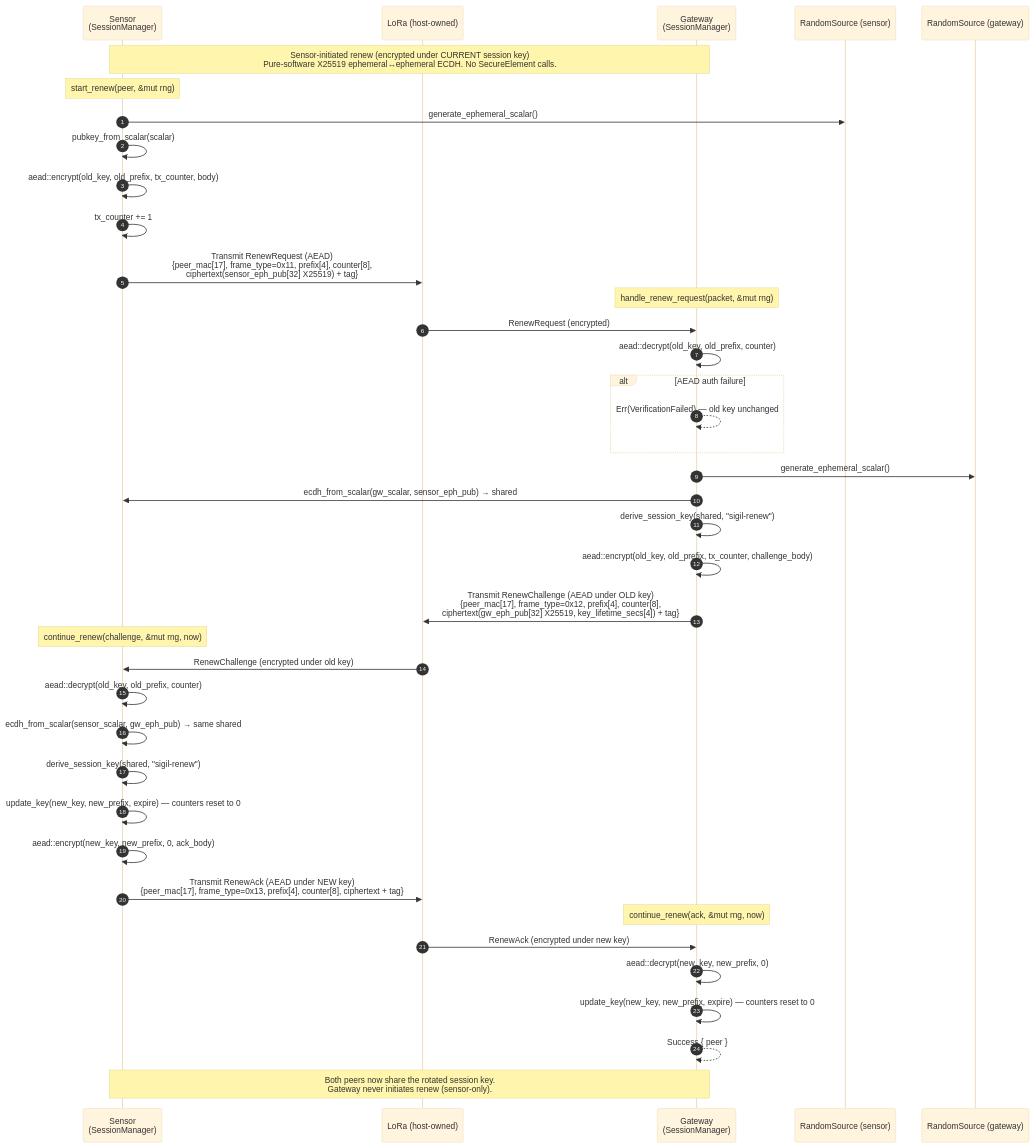
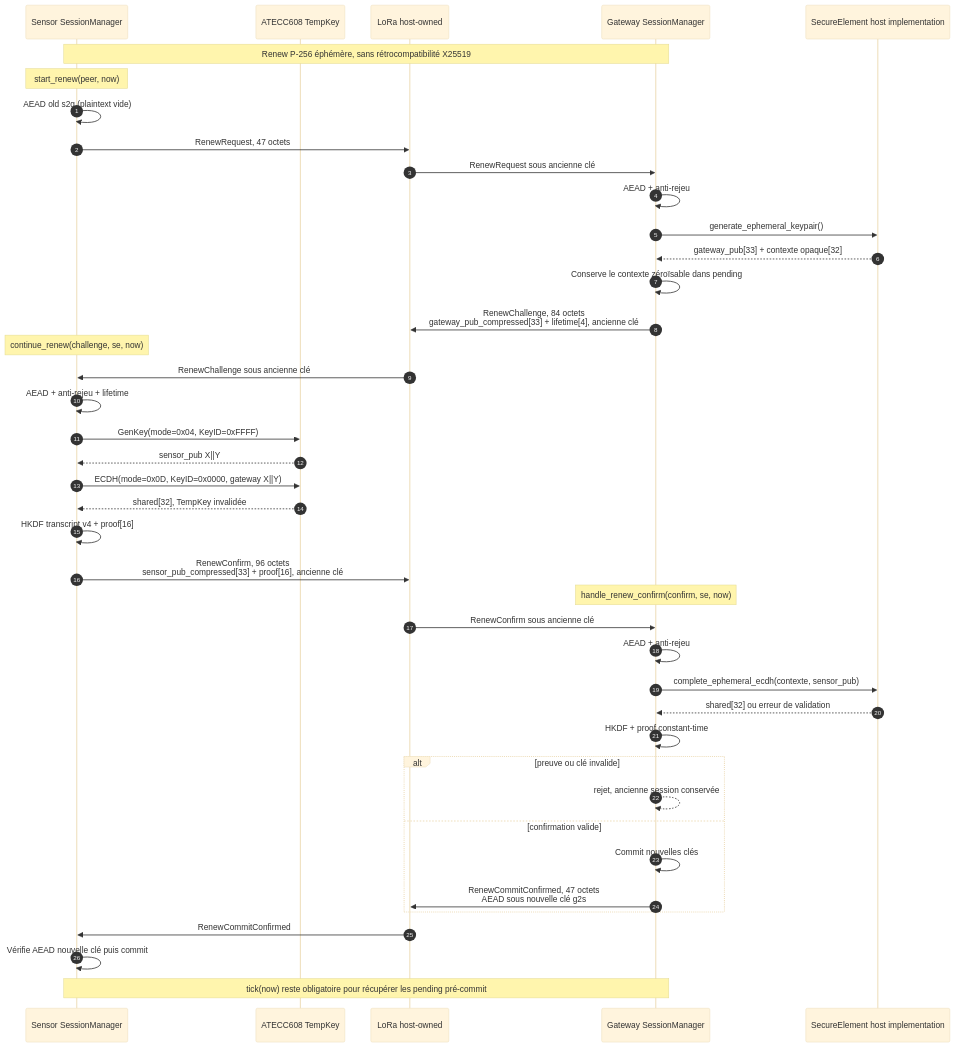
Before and after one commit to bhkfaicel/homeiot-sigil: the diagram in diagramme/renew.mermaid, drawn with Mermaid (base theme). The commit also changed 113 other files, not shown here.

```diff
--- a/diagramme/renew.mermaid
+++ b/diagramme/renew.mermaid
@@ -1,49 +1,46 @@
 sequenceDiagram
     autonumber
-    participant Sensor as Sensor<br/>(SessionManager)
-    participant LoRa as LoRa (host-owned)
-    participant Gateway as Gateway<br/>(SessionManager)
-    participant RNG_S as RandomSource (sensor)
-    participant RNG_G as RandomSource (gateway)
+    participant Sensor as Sensor SessionManager
+    participant ATECC as ATECC608 TempKey
+    participant LoRa as LoRa host-owned
+    participant Gateway as Gateway SessionManager
+    participant Crypto as SecureElement host implementation
 
-    Note over Sensor,Gateway: Sensor-initiated renew (encrypted under CURRENT session key)<br/>Pure-software X25519 ephemeral↔ephemeral ECDH. No SecureElement calls.
+    Note over Sensor,Gateway: Renew P-256 éphémère, sans rétrocompatibilité X25519
+    Note over Sensor: start_renew(peer, now)
+    Sensor->>Sensor: AEAD old s2g (plaintext vide)
+    Sensor->>LoRa: RenewRequest, 47 octets
 
-    Note over Sensor: start_renew(peer, &mut rng)
+    LoRa->>Gateway: RenewRequest sous ancienne clé
+    Gateway->>Gateway: AEAD + anti-rejeu
+    Gateway->>Crypto: generate_ephemeral_keypair()
+    Crypto-->>Gateway: gateway_pub[33] + contexte opaque[32]
+    Gateway->>Gateway: Conserve le contexte zéroïsable dans pending
+    Gateway->>LoRa: RenewChallenge, 84 octets<br/>gateway_pub_compressed[33] + lifetime[4], ancienne clé
 
-    Sensor->>RNG_S: generate_ephemeral_scalar()
-    Sensor->>Sensor: pubkey_from_scalar(scalar)
-    Sensor->>Sensor: aead::encrypt(old_key, old_prefix, tx_counter, body)
-    Sensor->>Sensor: tx_counter += 1
-    Sensor->>LoRa: Transmit RenewRequest (AEAD)<br/>{peer_mac[17], frame_type=0x11, prefix[4], counter[8],<br/>ciphertext(sensor_eph_pub[32] X25519) + tag}
+    Note over Sensor: continue_renew(challenge, se, now)
+    LoRa->>Sensor: RenewChallenge sous ancienne clé
+    Sensor->>Sensor: AEAD + anti-rejeu + lifetime
+    Sensor->>ATECC: GenKey(mode=0x04, KeyID=0xFFFF)
+    ATECC-->>Sensor: sensor_pub X||Y
+    Sensor->>ATECC: ECDH(mode=0x0D, KeyID=0x0000, gateway X||Y)
+    ATECC-->>Sensor: shared[32], TempKey invalidée
+    Sensor->>Sensor: HKDF transcript v4 + proof[16]
+    Sensor->>LoRa: RenewConfirm, 96 octets<br/>sensor_pub_compressed[33] + proof[16], ancienne clé
 
-    Note over Gateway: handle_renew_request(packet, &mut rng)
+    Note over Gateway: handle_renew_confirm(confirm, se, now)
+    LoRa->>Gateway: RenewConfirm sous ancienne clé
+    Gateway->>Gateway: AEAD + anti-rejeu
+    Gateway->>Crypto: complete_ephemeral_ecdh(contexte, sensor_pub)
+    Crypto-->>Gateway: shared[32] ou erreur de validation
+    Gateway->>Gateway: HKDF + proof constant-time
+    alt preuve ou clé invalide
+        Gateway-->>Gateway: rejet, ancienne session conservée
+    else confirmation valide
+        Gateway->>Gateway: Commit nouvelles clés
+        Gateway->>LoRa: RenewCommitConfirmed, 47 octets<br/>AEAD sous nouvelle clé g2s
+    end
 
-    LoRa->>Gateway: RenewRequest (encrypted)
-    Gateway->>Gateway: aead::decrypt(old_key, old_prefix, counter)
-    alt AEAD auth failure
-        Gateway-->>Gateway: Err(VerificationFailed) — old key unchanged
-    end
-    Gateway->>RNG_G: generate_ephemeral_scalar()
-    Gateway->>Sensor: ecdh_from_scalar(gw_scalar, sensor_eph_pub) → shared
-    Gateway->>Gateway: derive_session_key(shared, "sigil-renew")
-    Gateway->>Gateway: aead::encrypt(old_key, old_prefix, tx_counter, challenge_body)
-    Gateway->>LoRa: Transmit RenewChallenge (AEAD under OLD key)<br/>{peer_mac[17], frame_type=0x12, prefix[4], counter[8],<br/>ciphertext(gw_eph_pub[32] X25519, key_lifetime_secs[4]) + tag}
-
-    Note over Sensor: continue_renew(challenge, &mut rng, now)
-
-    LoRa->>Sensor: RenewChallenge (encrypted under old key)
-    Sensor->>Sensor: aead::decrypt(old_key, old_prefix, counter)
-    Sensor->>Sensor: ecdh_from_scalar(sensor_scalar, gw_eph_pub) → same shared
-    Sensor->>Sensor: derive_session_key(shared, "sigil-renew")
-    Sensor->>Sensor: update_key(new_key, new_prefix, expire) — counters reset to 0
-    Sensor->>Sensor: aead::encrypt(new_key, new_prefix, 0, ack_body)
-    Sensor->>LoRa: Transmit RenewAck (AEAD under NEW key)<br/>{peer_mac[17], frame_type=0x13, prefix[4], counter[8], ciphertext + tag}
-
-    Note over Gateway: continue_renew(ack, &mut rng, now)
-
-    LoRa->>Gateway: RenewAck (encrypted under new key)
-    Gateway->>Gateway: aead::decrypt(new_key, new_prefix, 0)
-    Gateway->>Gateway: update_key(new_key, new_prefix, expire) — counters reset to 0
-    Gateway-->>Gateway: Success { peer }
-
-    Note over Sensor,Gateway: Both peers now share the rotated session key.<br/>Gateway never initiates renew (sensor-only).
+    LoRa->>Sensor: RenewCommitConfirmed
+    Sensor->>Sensor: Vérifie AEAD nouvelle clé puis commit
+    Note over Sensor,Gateway: tick(now) reste obligatoire pour récupérer les pending pré-commit
```
